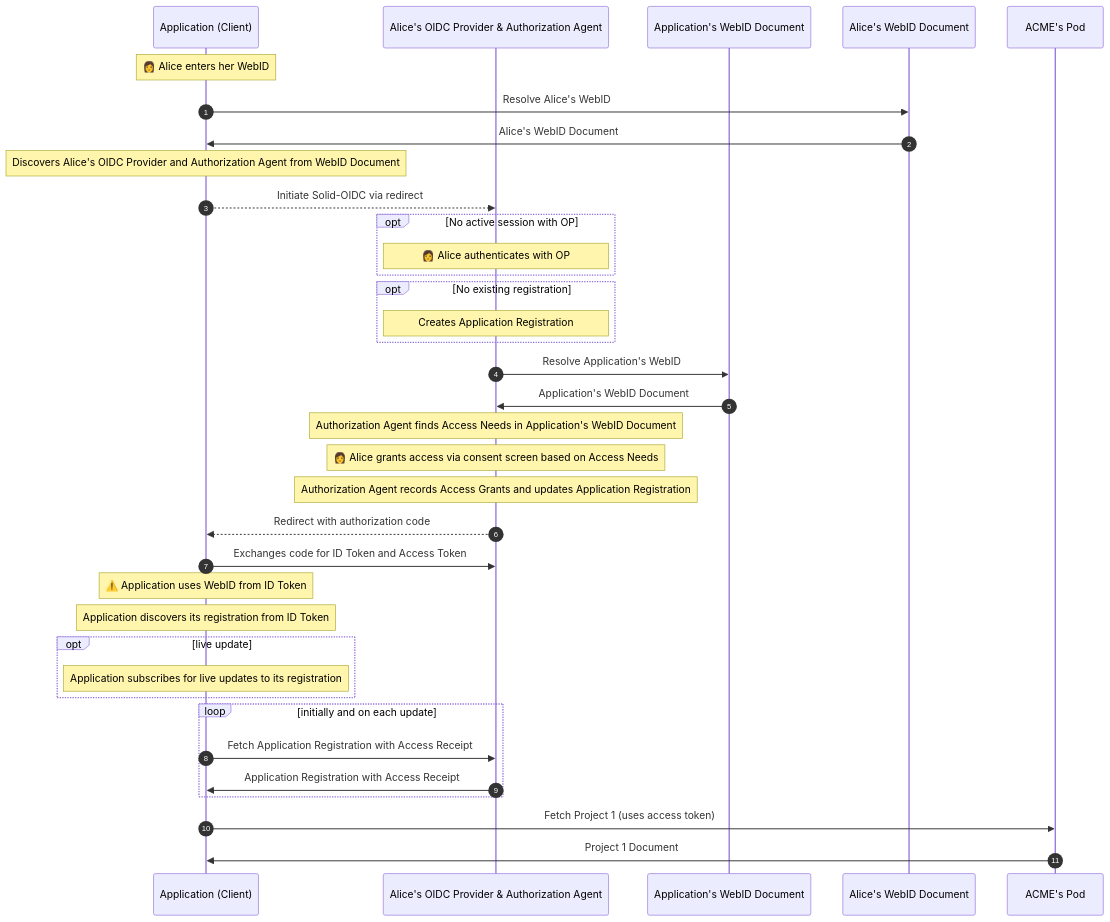
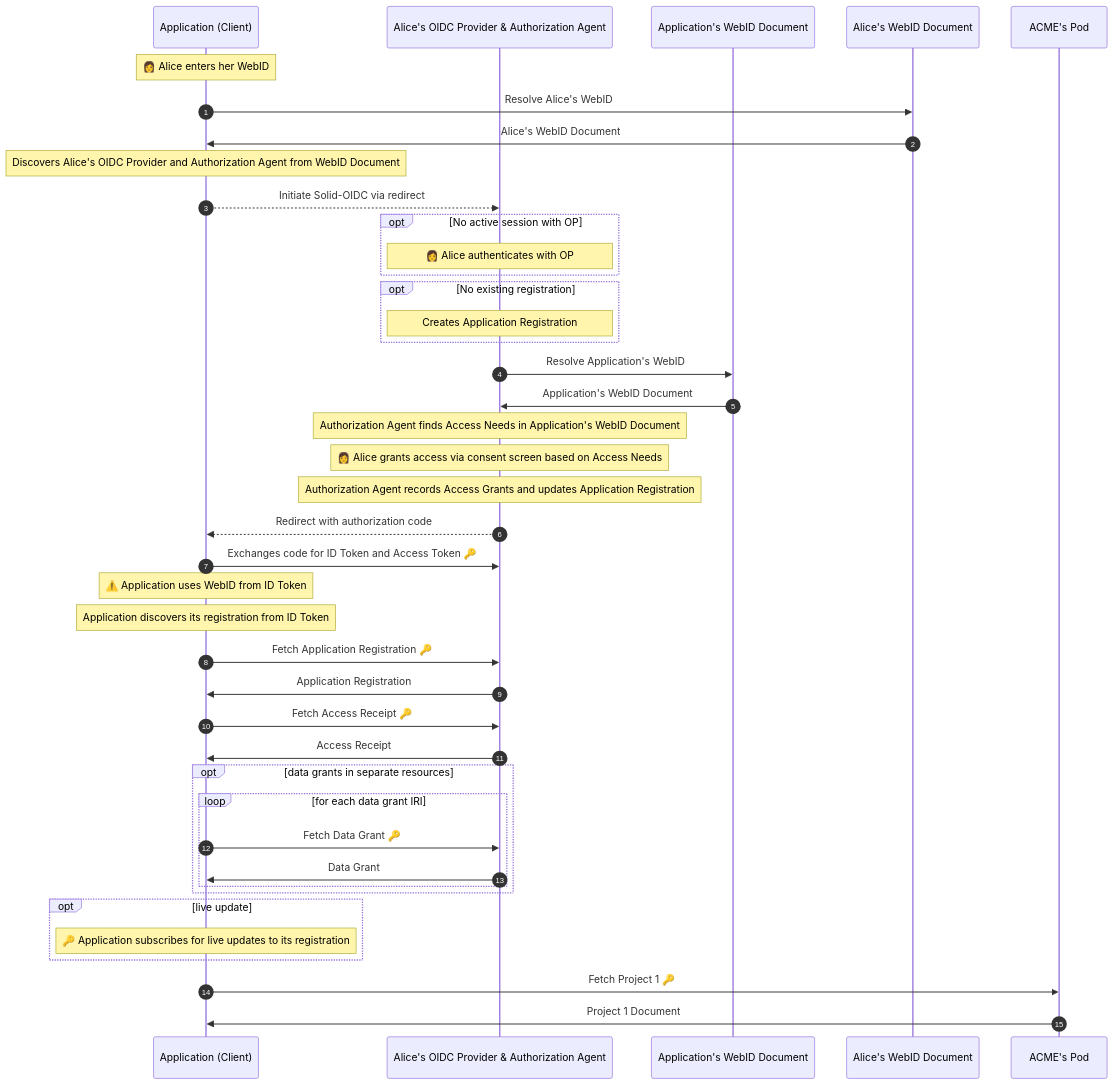
The diagram in proposals/primer/diagrams/idp-aa-combined.mmd (solid/data-interoperability-panel), drawn with Mermaid before and after one commit. The commit also changed 2 other files, not shown here.

```diff
--- a/proposals/primer/diagrams/idp-aa-combined.mmd
+++ b/proposals/primer/diagrams/idp-aa-combined.mmd
@@ -1,36 +1,42 @@
 sequenceDiagram
     autonumber
     participant App as Application (Client)
     participant OPAA as Alice's OIDC Provider & Authorization Agent
     participant AppID as Application's WebID Document
     participant WebID as Alice's WebID Document
     participant Pod as ACME's Pod
     note over App: 👩 Alice enters her WebID
     App ->> WebID: Resolve Alice's WebID
     WebID ->> App: Alice's WebID Document
     note over App: Discovers Alice's OIDC Provider and Authorization Agent from WebID Document
     App -->> OPAA: Initiate Solid-OIDC via redirect
     opt No active session with OP
     note over OPAA: 👩 Alice authenticates with OP
     end
     opt No existing registration
     note over OPAA: Creates Application Registration
     end
     OPAA ->> AppID: Resolve Application's WebID
     AppID ->> OPAA: Application's WebID Document
     note over OPAA: Authorization Agent finds Access Needs in Application's WebID Document
     note over OPAA: 👩 Alice grants access via consent screen based on Access Needs
     note over OPAA: Authorization Agent records Access Grants and updates Application Registration
     OPAA -->> App: Redirect with authorization code
-    App ->> OPAA: Exchanges code for ID Token and Access Token
+    App ->> OPAA: Exchanges code for ID Token and Access Token 🔑
     note over App: ⚠️ Application uses WebID from ID Token
     note over App: Application discovers its registration from ID Token
+    App ->> OPAA: Fetch Application Registration 🔑
+    OPAA ->> App: Application Registration
+    App ->> OPAA: Fetch Access Receipt 🔑
+    OPAA ->> App: Access Receipt
+    opt data grants in separate resources
+      loop for each data grant IRI
+        App ->> OPAA: Fetch Data Grant 🔑
+        OPAA ->> App: Data Grant
+      end
+    end
     opt live update
-      note over App: Application subscribes for live updates to its registration
+      note over App: 🔑 Application subscribes for live updates to its registration
     end
-    loop initially and on each update
-      App ->> OPAA: Fetch Application Registration with Access Receipt
-      OPAA ->> App: Application Registration with Access Receipt
-    end
-    App ->> Pod: Fetch Project 1 (uses access token)
+    App ->> Pod: Fetch Project 1 🔑
     Pod ->> App: Project 1 Document
```
